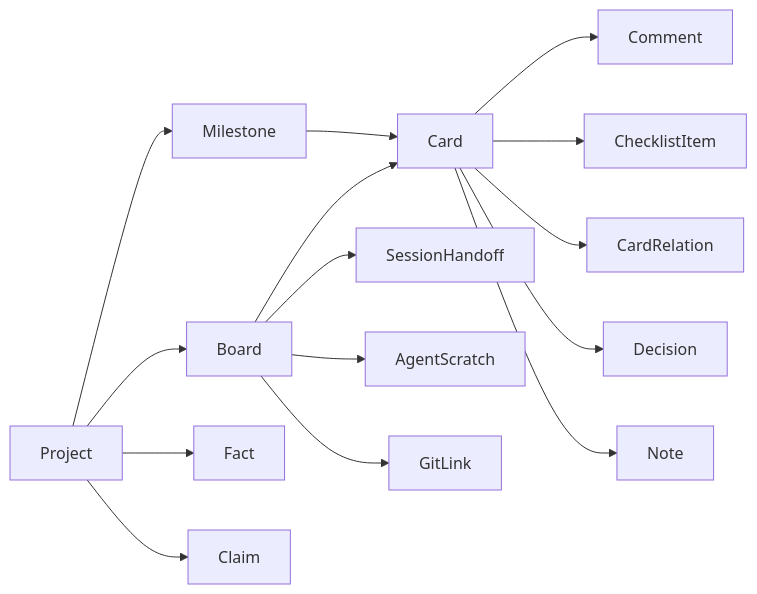
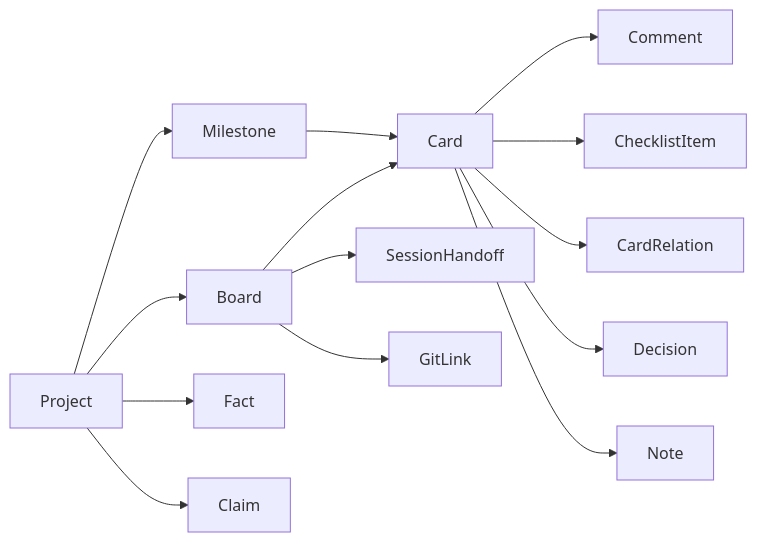
One commit to 2nspired/project-tracker changed the second of 2 diagrams in docs-site/src/content/docs/tools.mdx. Above: the diagram before and after it, drawn with Mermaid. The commit also changed other lines of this file and 20 other files, not shown here.

````diff
--- a/docs-site/src/content/docs/tools.mdx
+++ b/docs-site/src/content/docs/tools.mdx
@@ -101,17 +100,16 @@
 ```mermaid
 flowchart LR
 	P[Project] --> B[Board]
 	B --> C[Card]
 	C --> CM[Comment]
 	C --> CK[ChecklistItem]
 	C --> CR[CardRelation]
 	C --> CD[Decision]
 	C --> CN[Note]
 	P --> M[Milestone]
 	M --> C
 	P --> F[Fact]
 	P --> CL[Claim]
 	B --> H[SessionHandoff]
-	B --> A[AgentScratch]
 	B --> G[GitLink]
 ```
````
